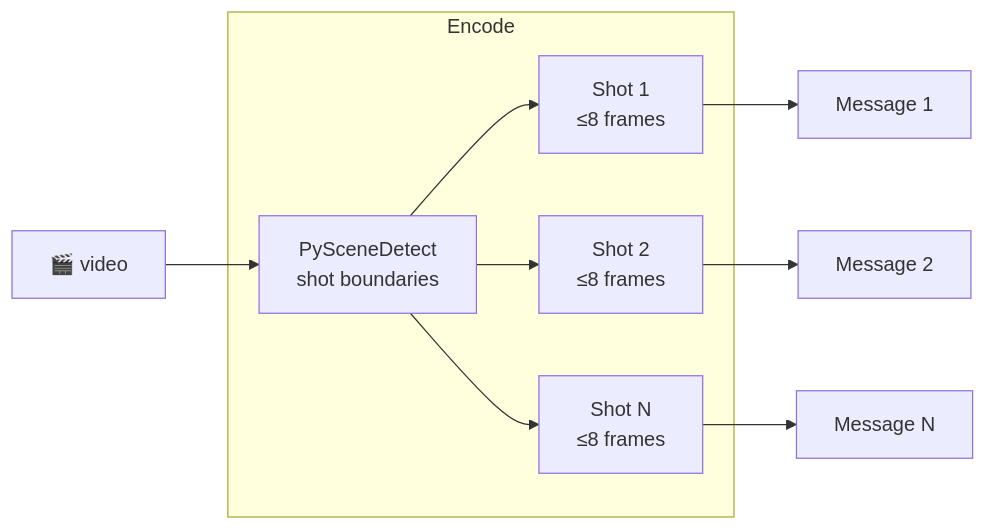
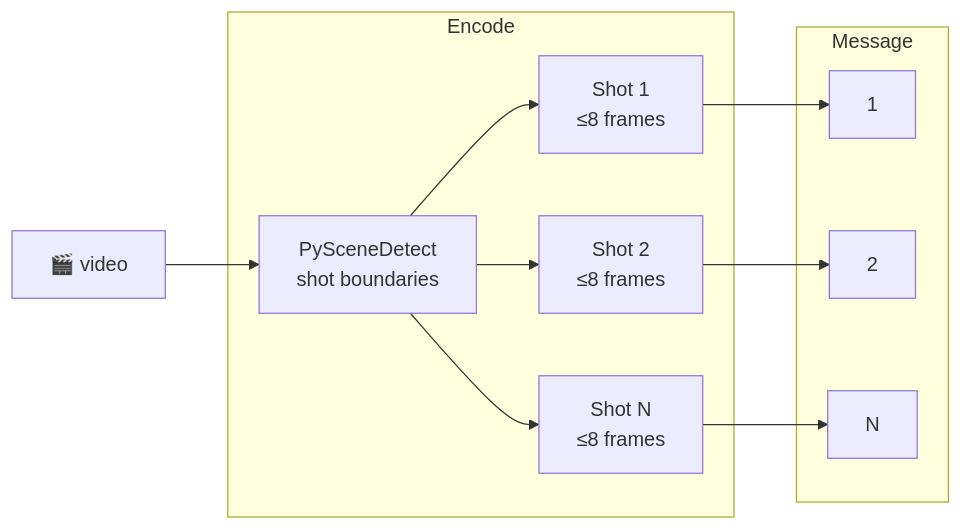
The seventh of 17 diagrams in docs/ENCODERS.md (vlm-run/mm), drawn with Mermaid before and after one commit. The commit also changed other lines of this file and 1 other file, not shown here.

Commit message:
use a message block with subgroups

````diff
--- a/docs/ENCODERS.md
+++ b/docs/ENCODERS.md
@@ -160,20 +172,22 @@
 ```mermaid
 graph LR
   video["🎬 video"]
 
   subgraph encode ["Encode"]
     detect["PySceneDetect\nshot boundaries"]
     s1["Shot 1\n≤8 frames"]
     s2["Shot 2\n≤8 frames"]
     s3["Shot N\n≤8 frames"]
   end
 
-  m1["Message 1"]
-  m2["Message 2"]
-  m3["Message N"]
+  subgraph message ["Message"]
+    m1["1"]
+    m2["2"]
+    m3["N"]
+  end
 
   video --> detect
   detect --> s1 --> m1
   detect --> s2 --> m2
   detect --> s3 --> m3
 ```
````
